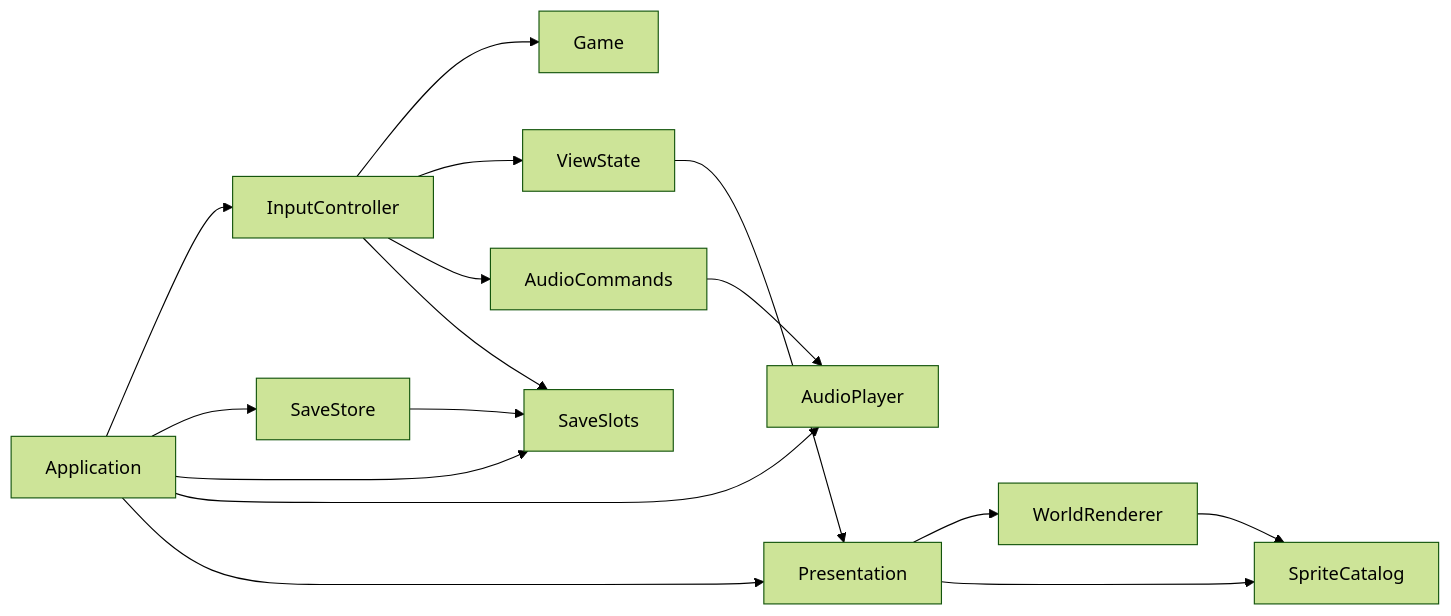
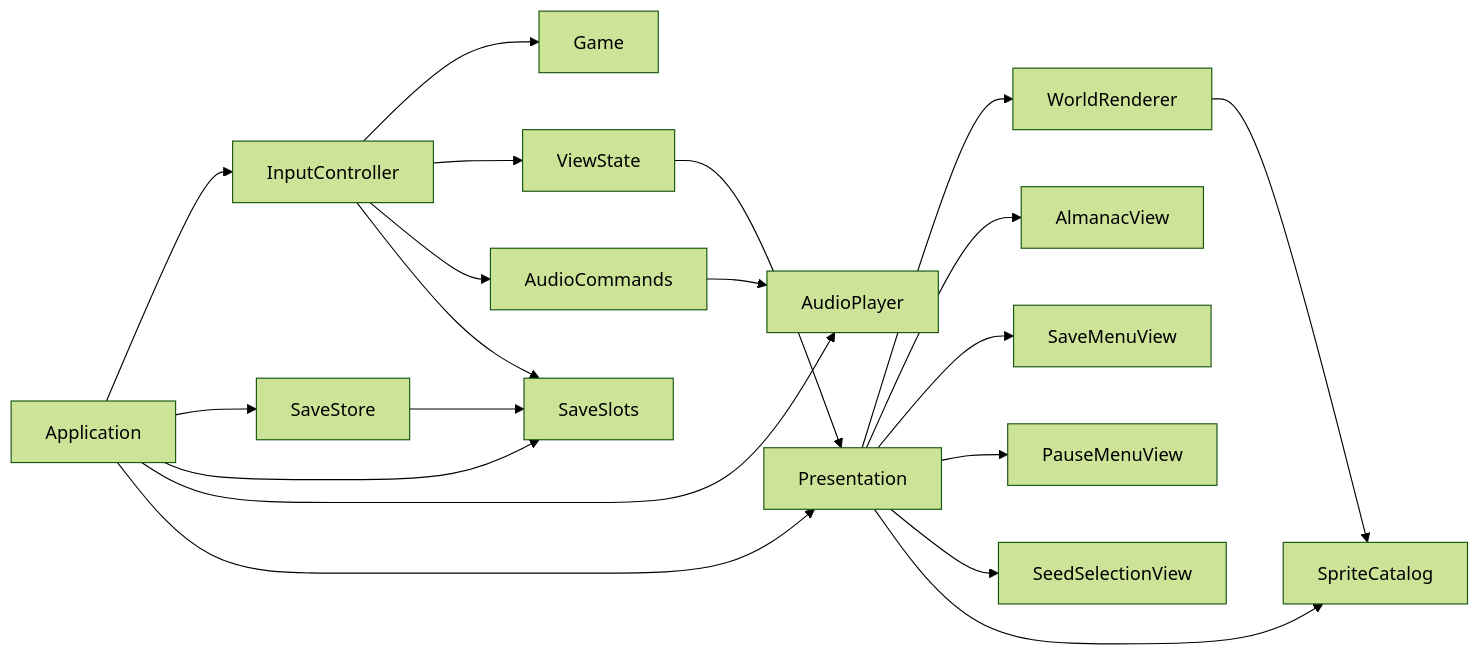
One commit to williamjasperbehnke/plants-versus-zombies changed the diagram in docs/DEVELOPMENT.md. Above: the diagram before and after it, drawn with Mermaid (forest theme). The commit also changed other lines of this file and 102 other files, not shown here.

````diff
--- a/docs/DEVELOPMENT.md
+++ b/docs/DEVELOPMENT.md
@@ -35,18 +85,22 @@
 ```mermaid
 flowchart LR
     A[Application] --> C[InputController]
     C --> G[Game]
     C --> V[ViewState]
     C --> Q[AudioCommands]
     A --> S[SaveStore]
     A --> B[SaveSlots]
     C --> B
     S --> B
     A --> U[AudioPlayer]
     Q --> U
     A --> P[Presentation]
     V --> P
     P --> W[WorldRenderer]
+    P --> AV[AlmanacView]
+    P --> SV[SaveMenuView]
+    P --> PM[PauseMenuView]
+    P --> SS[SeedSelectionView]
     W --> R[SpriteCatalog]
     P --> R
 ```
````
